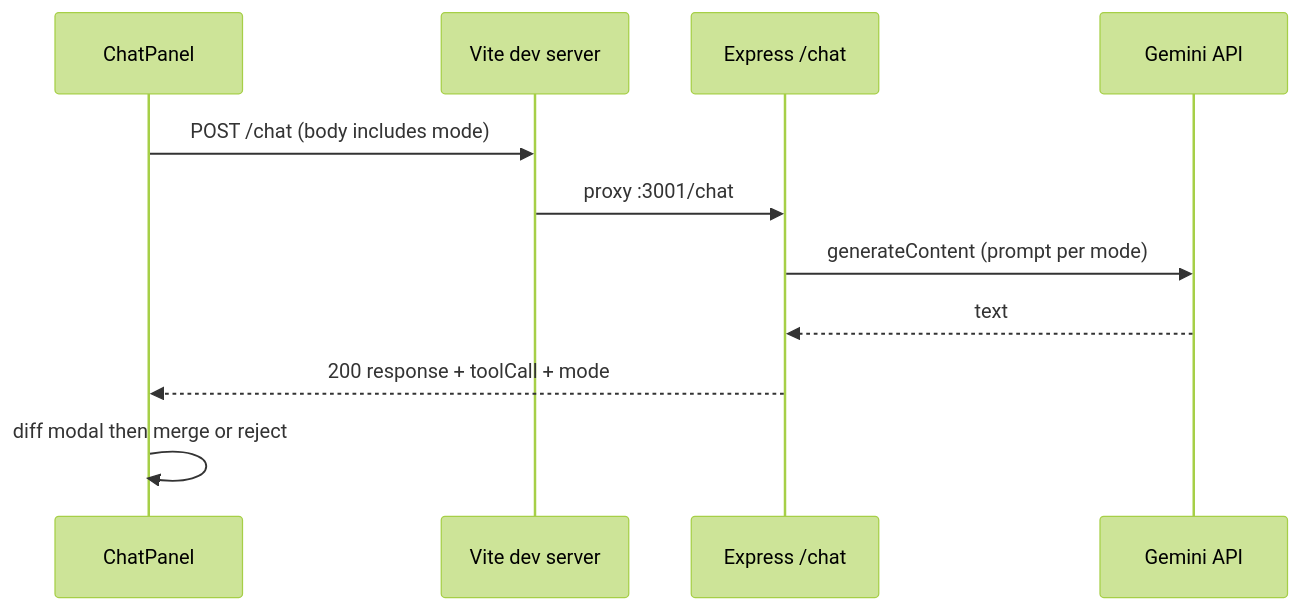
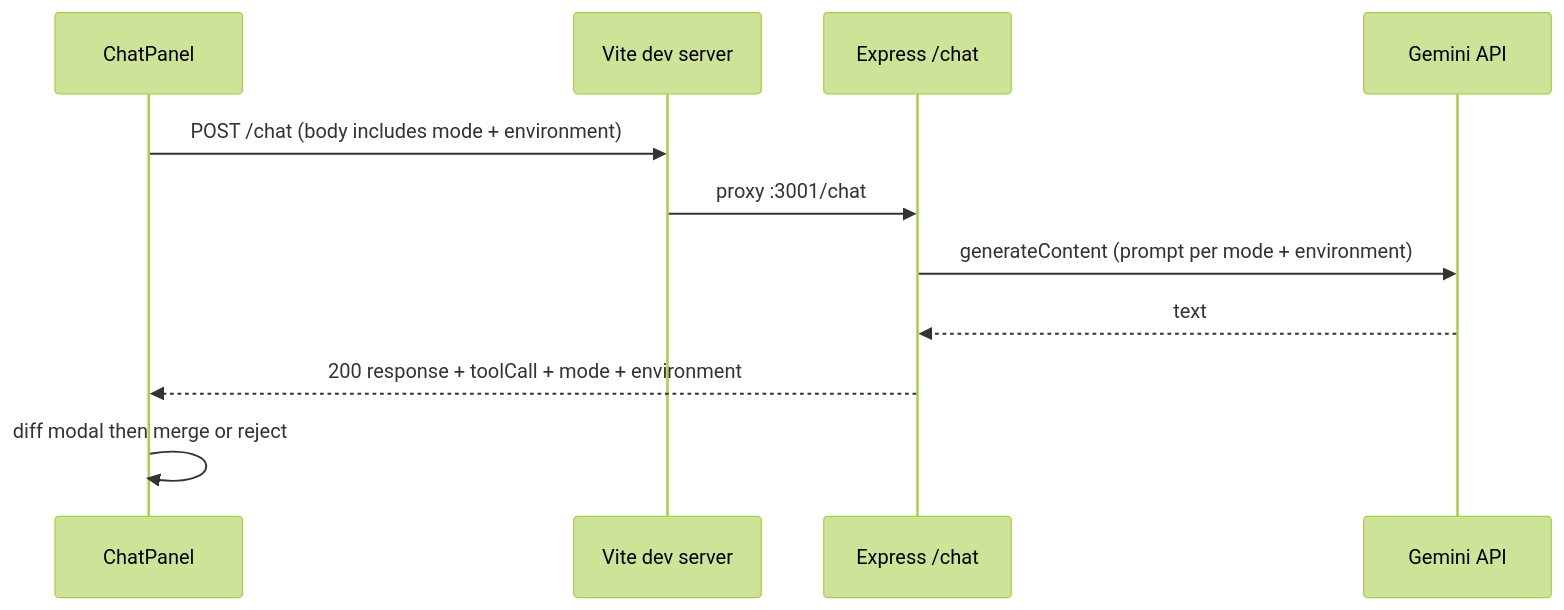
Before and after one commit to kugloff/coding-with-cursor: the diagram in README.md, drawn with Mermaid (forest theme). The commit also changed other lines of this file and 17 other files, not shown here.

````diff
--- a/README.md
+++ b/README.md
@@ -129,13 +132,13 @@
 ```mermaid
 sequenceDiagram
   participant UI as ChatPanel
   participant Vite as Vite dev server
   participant API as Express /chat
   participant Gemini as Gemini API
-  UI->>Vite: POST /chat (body includes mode)
+  UI->>Vite: POST /chat (body includes mode + environment)
   Vite->>API: proxy :3001/chat
-  API->>Gemini: generateContent (prompt per mode)
+  API->>Gemini: generateContent (prompt per mode + environment)
   Gemini-->>API: text
-  API-->>UI: 200 response + toolCall + mode
+  API-->>UI: 200 response + toolCall + mode + environment
   UI->>UI: diff modal then merge or reject
 ```
````
